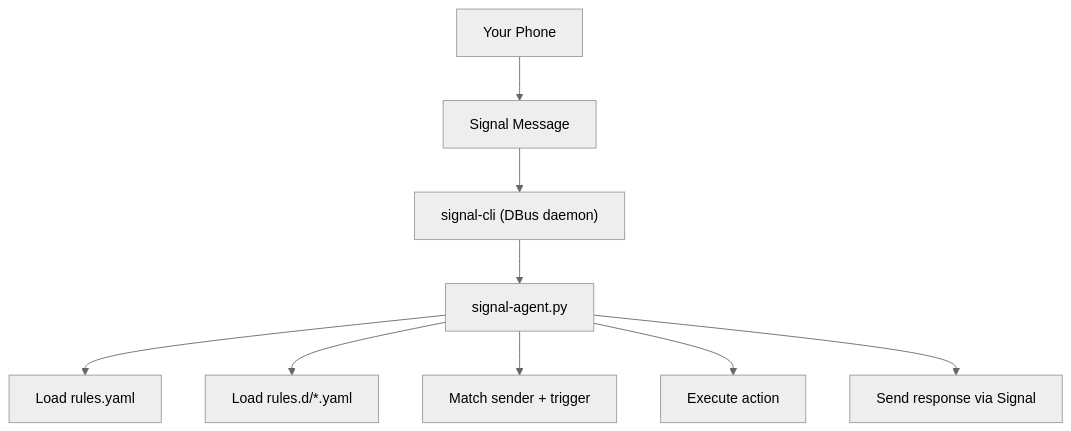
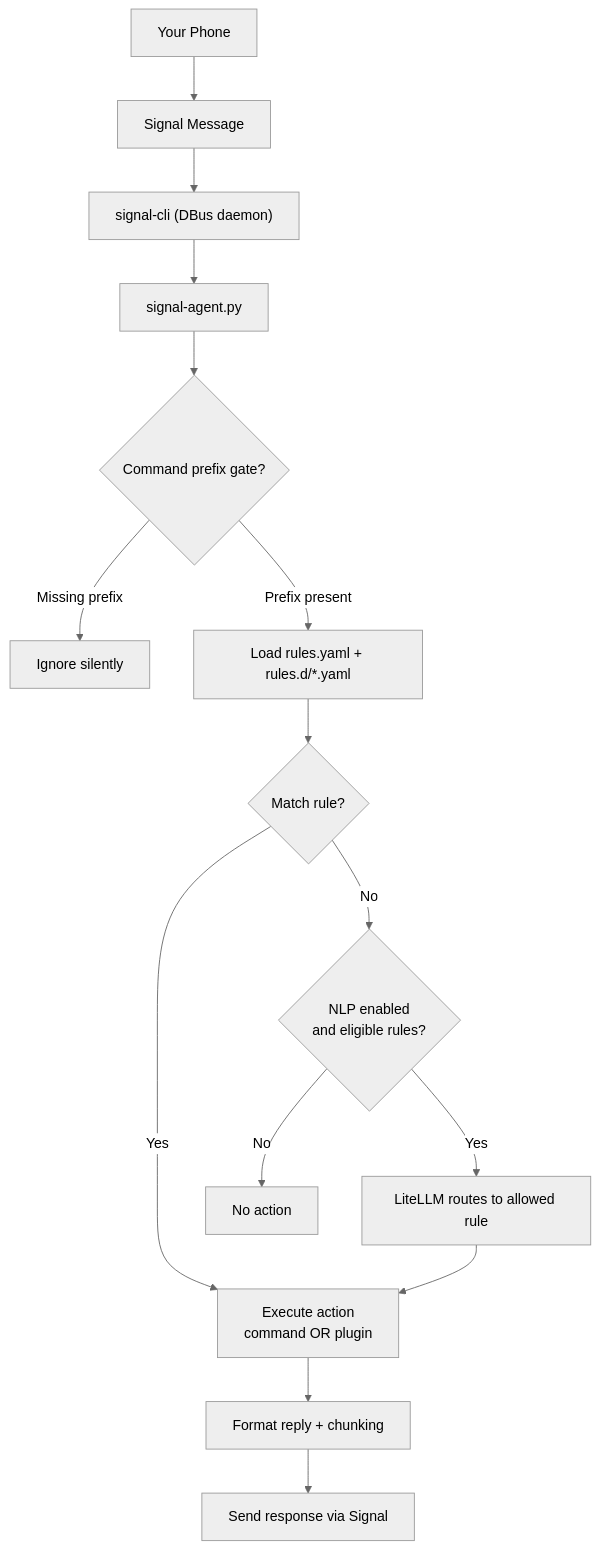
Before and after one commit to jonhowe/signal-cli-agent: the diagram in README.md, drawn with Mermaid (neutral theme). The commit also changed other lines of this file, not shown here.

Commit message:
feat: Update README.md for improved clarity on command prefix gate and plugin architecture

````diff
--- a/README.md
+++ b/README.md
@@ -81,11 +80,20 @@
 ```mermaid
 flowchart TD
   A[Your Phone] --> B[Signal Message]
   B --> C["signal-cli (DBus daemon)"]
   C --> D[signal-agent.py]
-  D --> E[Load rules.yaml]
-  D --> F[Load rules.d/*.yaml]
-  D --> G[Match sender + trigger]
-  D --> H[Execute action]
-  D --> I[Send response via Signal]
+
+  D --> P{Command prefix gate?}
+  P -- "Missing prefix" --> X[Ignore silently]
+  P -- "Prefix present" --> E[Load rules.yaml + rules.d/*.yaml]
+
+  E --> M{Match rule?}
+  M -- Yes --> R[Execute action<br/>command OR plugin]
+  M -- No --> N{NLP enabled<br/>and eligible rules?}
+  N -- Yes --> L[LiteLLM routes to allowed rule]
+  L --> R
+  N -- No --> Y[No action]
+
+  R --> S[Format reply + chunking]
+  S --> T[Send response via Signal]
 ```
````
